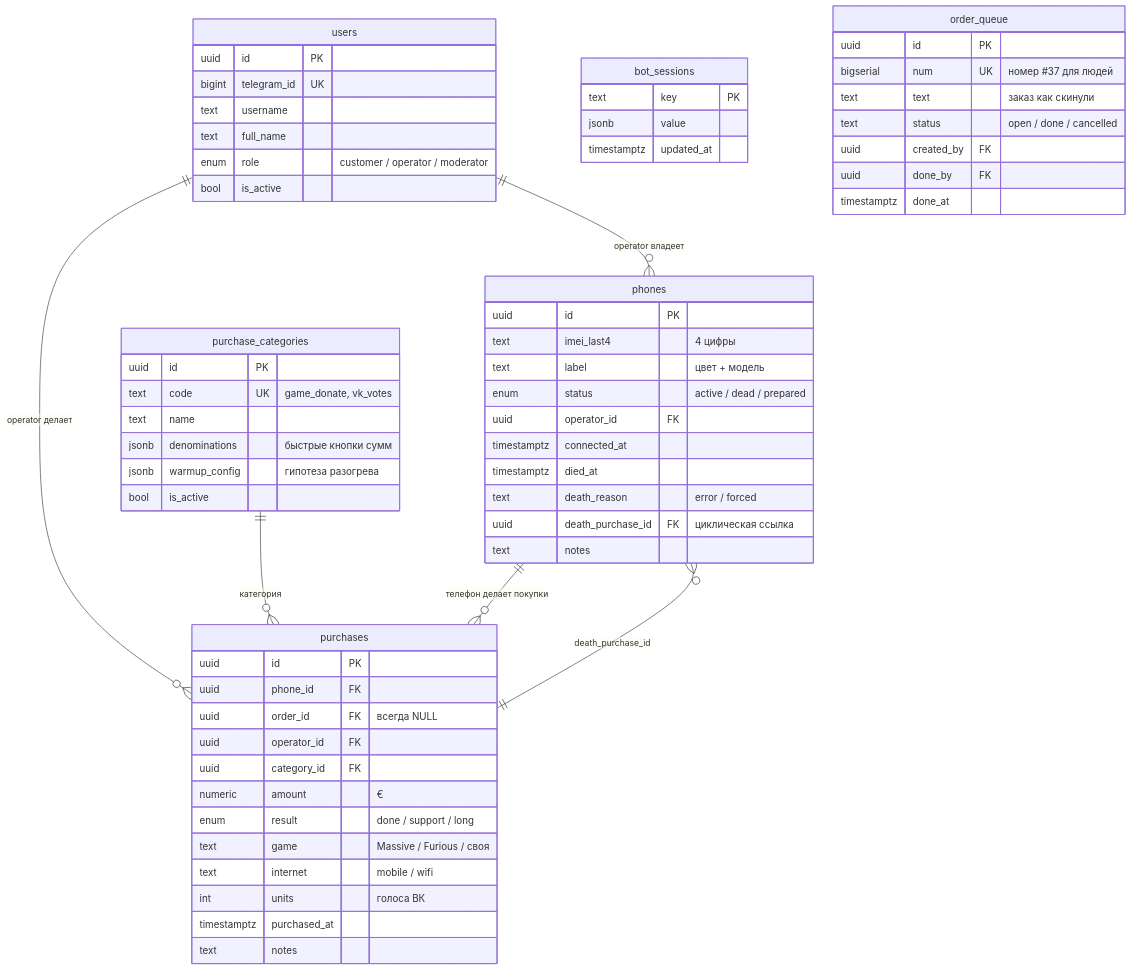
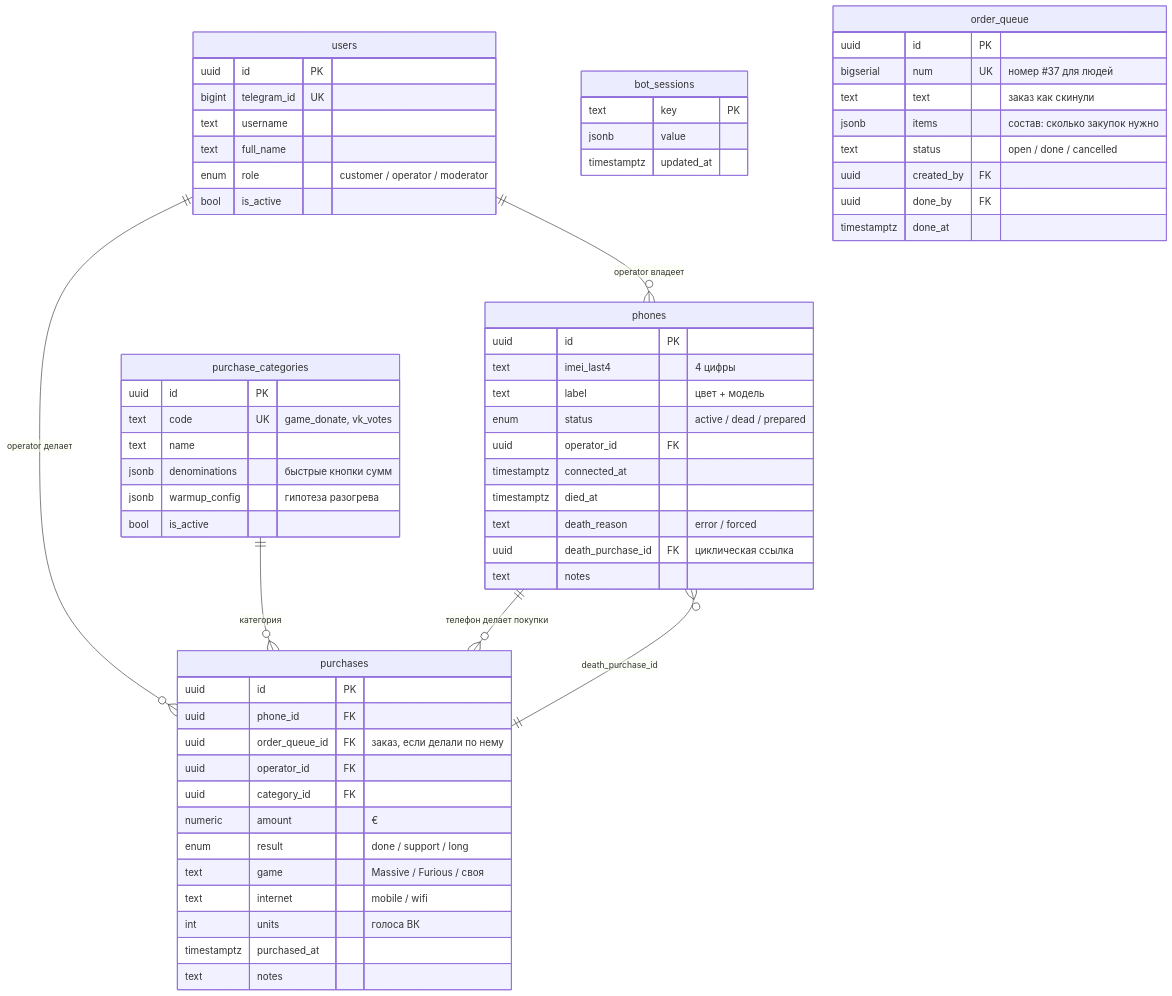
Before and after one commit to Diaman21/donat-system: the diagram in docs/db-schema.md, drawn with Mermaid. The commit also changed other lines of this file and 5 other files, not shown here.

````diff
--- a/docs/db-schema.md
+++ b/docs/db-schema.md
@@ -26,70 +28,71 @@
 ```mermaid
 erDiagram
     users ||--o{ purchases : "operator делает"
     users ||--o{ phones : "operator владеет"
     purchase_categories ||--o{ purchases : "категория"
     phones ||--o{ purchases : "телефон делает покупки"
     phones }o--|| purchases : "death_purchase_id"
 
     users {
         uuid id PK
         bigint telegram_id UK
         text username
         text full_name
         enum role "customer / operator / moderator"
         bool is_active
     }
 
     purchase_categories {
         uuid id PK
         text code UK "game_donate, vk_votes"
         text name
         jsonb denominations "быстрые кнопки сумм"
         jsonb warmup_config "гипотеза разогрева"
         bool is_active
     }
 
     phones {
         uuid id PK
         text imei_last4 "4 цифры"
         text label "цвет + модель"
         enum status "active / dead / prepared"
         uuid operator_id FK
         timestamptz connected_at
         timestamptz died_at
         text death_reason "error / forced"
         uuid death_purchase_id FK "циклическая ссылка"
         text notes
     }
 
     purchases {
         uuid id PK
         uuid phone_id FK
-        uuid order_id FK "всегда NULL"
+        uuid order_queue_id FK "заказ, если делали по нему"
         uuid operator_id FK
         uuid category_id FK
         numeric amount "€"
         enum result "done / support / long"
         text game "Massive / Furious / своя"
         text internet "mobile / wifi"
         int units "голоса ВК"
         timestamptz purchased_at
         text notes
     }
 
     bot_sessions {
         text key PK
         jsonb value
         timestamptz updated_at
     }
 
     order_queue {
         uuid id PK
         bigserial num UK "номер #37 для людей"
         text text "заказ как скинули"
+        jsonb items "состав: сколько закупок нужно"
         text status "open / done / cancelled"
         uuid created_by FK
         uuid done_by FK
         timestamptz done_at
     }
 ```
````
